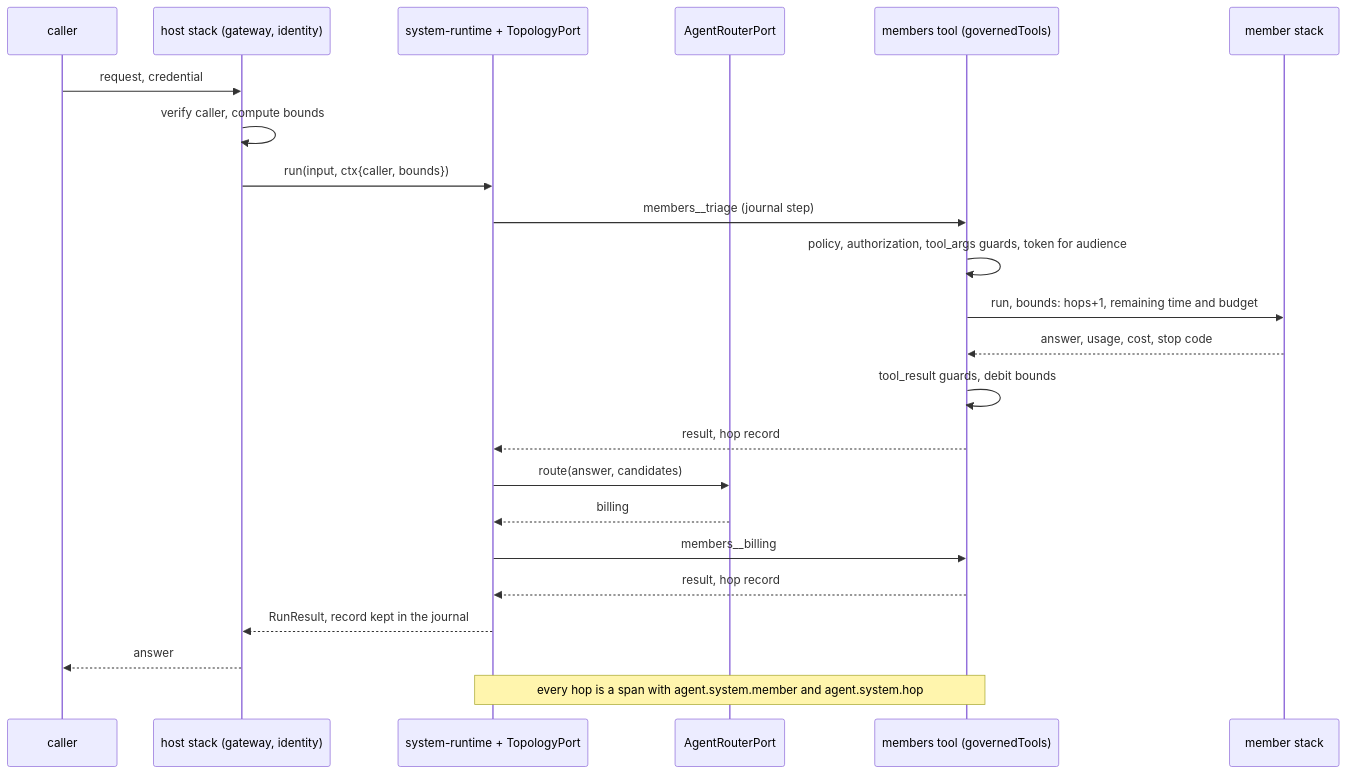
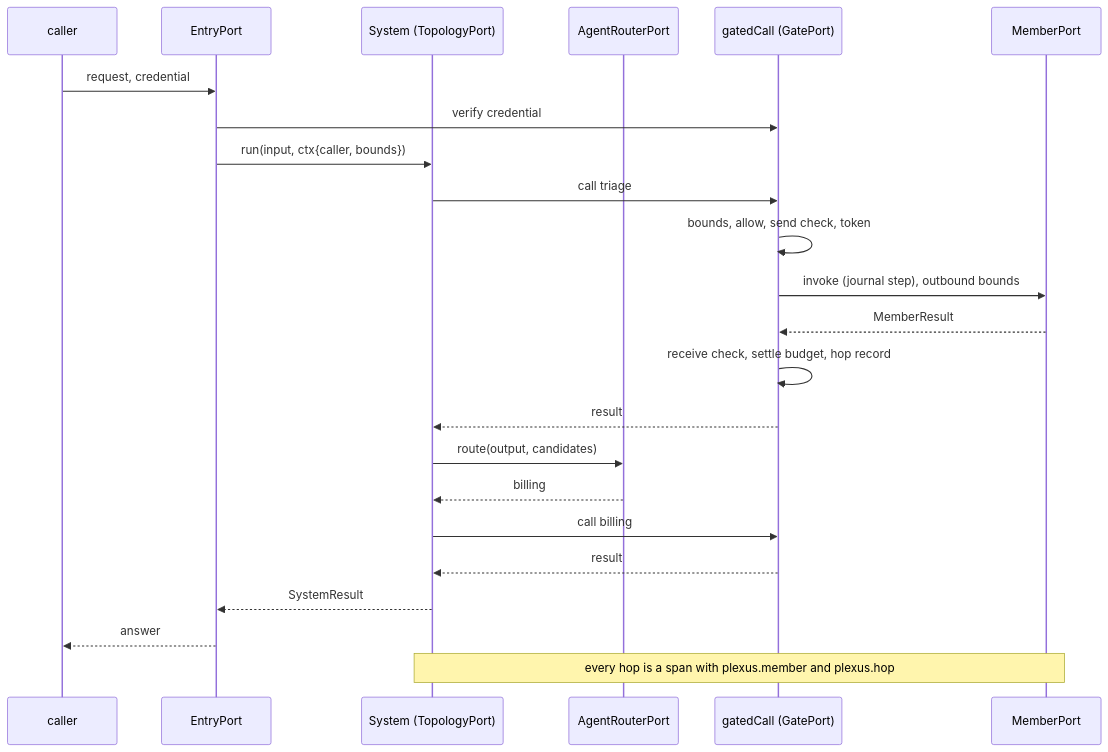
The third of 3 diagrams in docs/design.md (aantenore/agent-plexus), drawn with Mermaid before and after one commit. The commit also changed other lines of this file and 5 other files, not shown here.

````diff
--- a/docs/design.md
+++ b/docs/design.md
@@ -375,25 +487,25 @@
 ```mermaid
 sequenceDiagram
   participant C as caller
-  participant H as host stack (gateway, identity)
-  participant S as system-runtime + TopologyPort
+  participant E as EntryPort
+  participant S as System (TopologyPort)
   participant R as AgentRouterPort
-  participant T as members tool (governedTools)
-  participant M as member stack
-  C->>H: request, credential
-  H->>H: verify caller, compute bounds
-  H->>S: run(input, ctx{caller, bounds})
-  S->>T: members__triage (journal step)
-  T->>T: policy, authorization, tool_args guards, token for audience
-  T->>M: run, bounds: hops+1, remaining time and budget
-  M-->>T: answer, usage, cost, stop code
-  T->>T: tool_result guards, debit bounds
-  T-->>S: result, hop record
-  S->>R: route(answer, candidates)
+  participant G as gatedCall (GatePort)
+  participant M as MemberPort
+  C->>E: request, credential
+  E->>G: verify credential
+  E->>S: run(input, ctx{caller, bounds})
+  S->>G: call triage
+  G->>G: bounds, allow, send check, token
+  G->>M: invoke (journal step), outbound bounds
+  M-->>G: MemberResult
+  G->>G: receive check, settle budget, hop record
+  G-->>S: result
+  S->>R: route(output, candidates)
   R-->>S: billing
-  S->>T: members__billing
-  T-->>S: result, hop record
-  S-->>H: RunResult, record kept in the journal
-  H-->>C: answer
-  Note over S,T: every hop is a span with agent.system.member and agent.system.hop
+  S->>G: call billing
+  G-->>S: result
+  S-->>E: SystemResult
+  E-->>C: answer
+  Note over S,M: every hop is a span with plexus.member and plexus.hop
 ```
````
